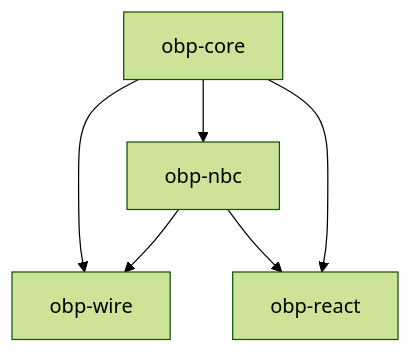
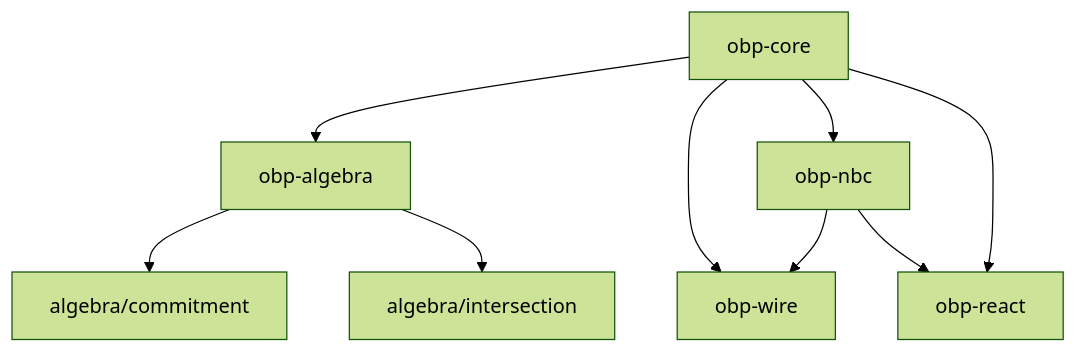
One commit to khoralabs/open-binding-protocol changed the diagram in packages/README.md. Above: the diagram before and after it, drawn with Mermaid (forest theme). The commit also changed other lines of this file and 4 other files, not shown here.

````diff
--- a/packages/README.md
+++ b/packages/README.md
@@ -12,12 +13,16 @@
 ```mermaid
 flowchart TB
   core[obp-core]
+  algebra[obp-algebra]
   nbc[obp-nbc]
   wire[obp-wire]
   react[obp-react]
+  core --> algebra
   core --> nbc
   core --> wire
+  algebra --> commitment[algebra/commitment]
+  algebra --> intersection[algebra/intersection]
   nbc --> wire
   nbc --> react
   core --> react
 ```
````
